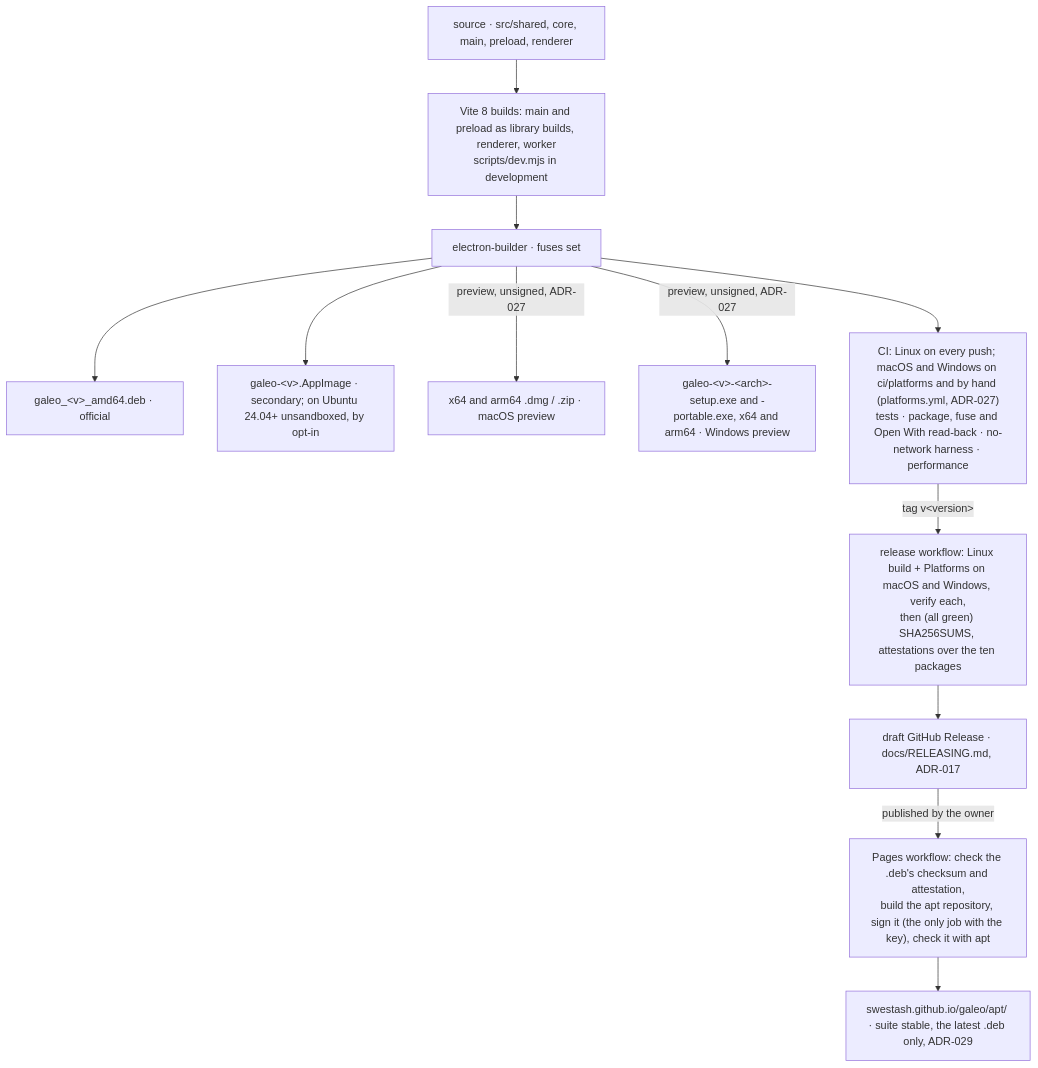
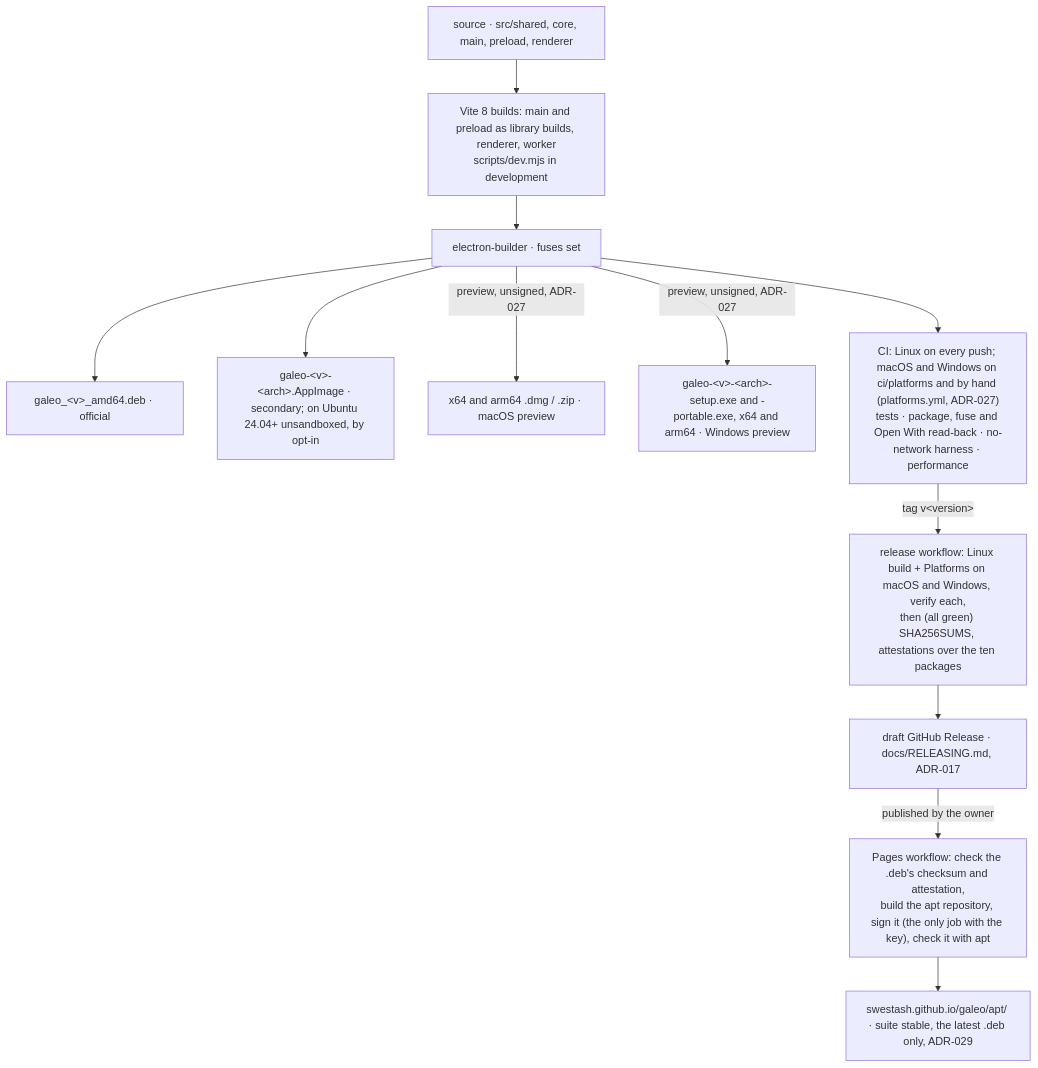
Before and after one commit to SWEStash/galeo: the eighth of 8 diagrams in docs/ARCHITECTURE.md, drawn with Mermaid. The commit also changed 2 other files, not shown here.

Commit message:
build(linux): name the AppImage by its architecture
galeo-<version>-x86_64.AppImage instead of galeo-<version>.AppImage, so
one release can carry an arm64 AppImage beside it. Links to the old name
break; the release notes say so.

Refs #53

````diff
--- a/docs/ARCHITECTURE.md
+++ b/docs/ARCHITECTURE.md
@@ -476,14 +476,14 @@
 ```mermaid
 flowchart TD
   src[source · src/shared, core, main, preload, renderer] --> vite[Vite 8 builds: main and preload as library builds, renderer, worker<br/>scripts/dev.mjs in development]
   vite --> eb[electron-builder · fuses set]
   eb --> deb[galeo_#lt;v#gt;_amd64.deb · official]
-  eb --> appimage[galeo-#lt;v#gt;.AppImage · secondary; on Ubuntu 24.04+ unsandboxed, by opt-in]
+  eb --> appimage[galeo-#lt;v#gt;-#lt;arch#gt;.AppImage · secondary; on Ubuntu 24.04+ unsandboxed, by opt-in]
   eb -- "preview, unsigned, ADR-027" --> mac[x64 and arm64 .dmg / .zip · macOS preview]
   eb -- "preview, unsigned, ADR-027" --> win[galeo-#lt;v#gt;-#lt;arch#gt;-setup.exe and -portable.exe, x64 and arm64 · Windows preview]
   eb --> ci["CI: Linux on every push; macOS and Windows on ci/platforms and by hand (platforms.yml, ADR-027)<br/>tests · package, fuse and Open With read-back · no-network harness · performance"]
   ci -- "tag v#lt;version#gt;" --> release["release workflow: Linux build + Platforms on macOS and Windows, verify each,<br/>then (all green) SHA256SUMS, attestations over the ten packages"]
   release --> draft[draft GitHub Release · docs/RELEASING.md, ADR-017]
   draft -- "published by the owner" --> pages["Pages workflow: check the .deb's checksum and attestation,<br/>build the apt repository, sign it (the only job with the key), check it with apt"]
   pages --> apt[swestash.github.io/galeo/apt/ · suite stable, the latest .deb only, ADR-029]
 ```
````
